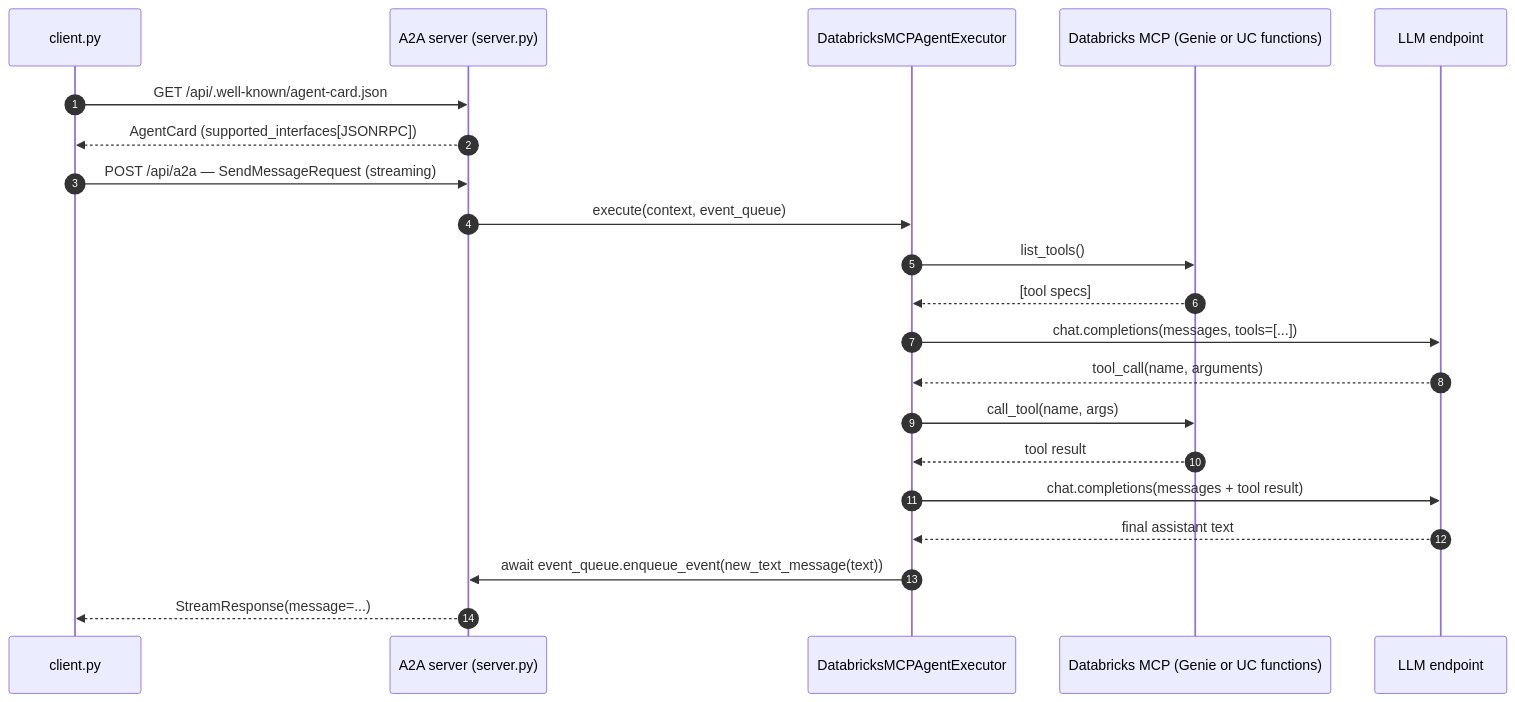
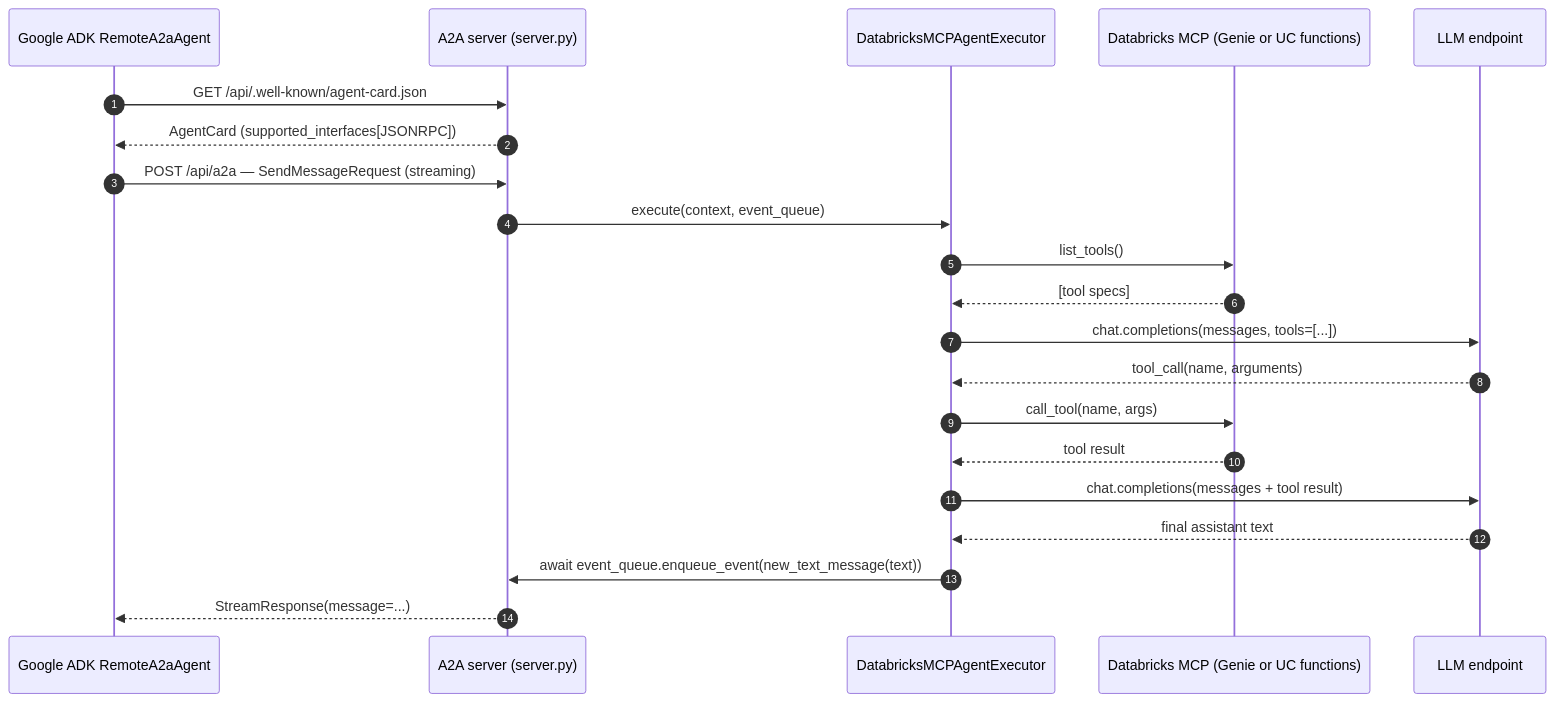
Before and after one commit to sdonohoo-db/databricks-a2a-governed-services-demo: the third of 3 diagrams in README.md, drawn with Mermaid. The commit also changed other lines of this file and 15 other files, not shown here.

Commit message:
Add Google ADK to Databricks A2A interoperability demo

````diff
--- a/README.md
+++ b/README.md
@@ -48,24 +51,24 @@
 ```mermaid
 sequenceDiagram
     autonumber
-    participant C as client.py
+    participant C as Google ADK RemoteA2aAgent
     participant S as A2A server (server.py)
     participant E as DatabricksMCPAgentExecutor
     participant M as Databricks MCP (Genie or UC functions)
     participant L as LLM endpoint
 
     C->>S: GET /api/.well-known/agent-card.json
     S-->>C: AgentCard (supported_interfaces[JSONRPC])
     C->>S: POST /api/a2a — SendMessageRequest (streaming)
     S->>E: execute(context, event_queue)
     E->>M: list_tools()
     M-->>E: [tool specs]
     E->>L: chat.completions(messages, tools=[...])
     L-->>E: tool_call(name, arguments)
     E->>M: call_tool(name, args)
     M-->>E: tool result
     E->>L: chat.completions(messages + tool result)
     L-->>E: final assistant text
     E->>S: await event_queue.enqueue_event(new_text_message(text))
     S-->>C: StreamResponse(message=...)
 ```
````
